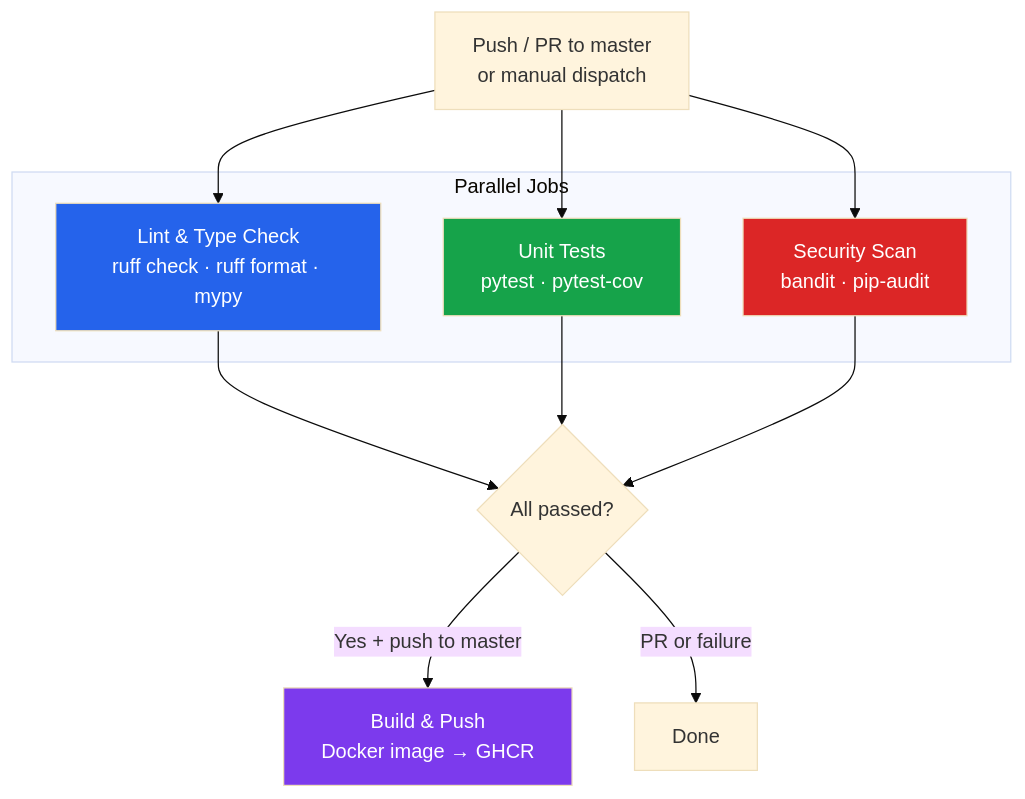
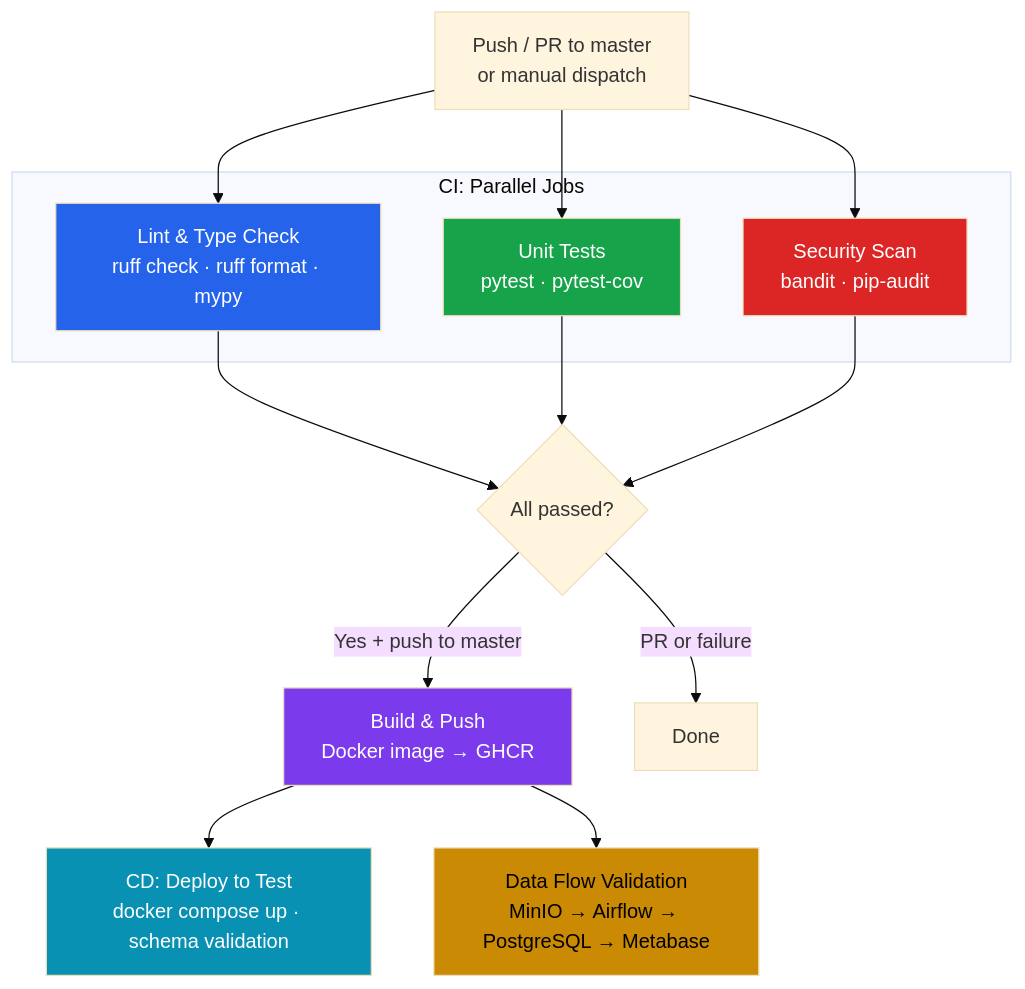
The third of 3 diagrams in README.md (Airlectric/Amalitech_CI-CD-and-Workflow-Automation_Mini-Data-Mart), drawn with Mermaid (base theme) before and after one commit. The commit also changed other lines of this file and 31 other files, not shown here.

````diff
--- a/README.md
+++ b/README.md
@@ -378,26 +471,31 @@
 ```mermaid
 flowchart TD
     Trigger["Push / PR to master<br/>or manual dispatch"]
 
     Trigger --> Lint
     Trigger --> Tests
     Trigger --> Security
 
-    subgraph Parallel["Parallel Jobs"]
+    subgraph CI["CI: Parallel Jobs"]
         Lint["Lint & Type Check<br/>ruff check · ruff format · mypy"]
         Tests["Unit Tests<br/>pytest · pytest-cov"]
         Security["Security Scan<br/>bandit · pip-audit"]
     end
 
     Lint --> Gate{All passed?}
     Tests --> Gate
     Security --> Gate
 
     Gate -->|Yes + push to master| Build["Build & Push<br/>Docker image → GHCR"]
     Gate -->|PR or failure| Stop["Done"]
 
+    Build --> Deploy["CD: Deploy to Test<br/>docker compose up · schema validation"]
+    Build --> Validate["Data Flow Validation<br/>MinIO → Airflow → PostgreSQL → Metabase"]
+
     style Lint fill:#2563eb,color:#fff
     style Tests fill:#16a34a,color:#fff
     style Security fill:#dc2626,color:#fff
     style Build fill:#7c3aed,color:#fff
+    style Deploy fill:#0891b2,color:#fff
+    style Validate fill:#ca8a04,color:#000
 ```
````
